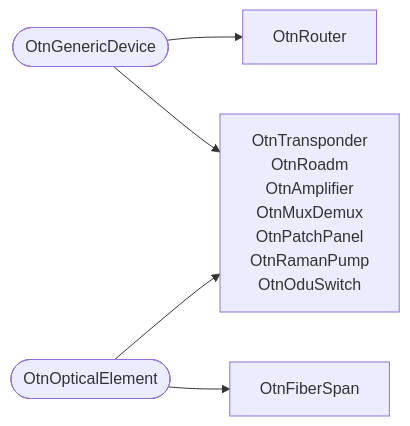
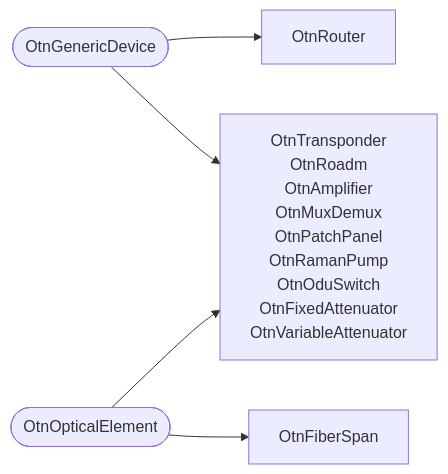
The diagram in docs/docs/schema-reference.mdx (opsmill/infrahub-demo-otn), drawn with Mermaid before and after one commit. The commit also changed other lines of this file and 14 other files, not shown here.

````diff
--- a/docs/docs/schema-reference.mdx
+++ b/docs/docs/schema-reference.mdx
@@ -45,13 +45,15 @@
 ```mermaid
 flowchart LR
   gd(["OtnGenericDevice"]) --> rt["OtnRouter"]
   gd --> both["OtnTransponder
 OtnRoadm
 OtnAmplifier
 OtnMuxDemux
 OtnPatchPanel
 OtnRamanPump
-OtnOduSwitch"]
+OtnOduSwitch
+OtnFixedAttenuator
+OtnVariableAttenuator"]
   oe(["OtnOpticalElement"]) --> both
   oe --> fs["OtnFiberSpan"]
 ```
````
